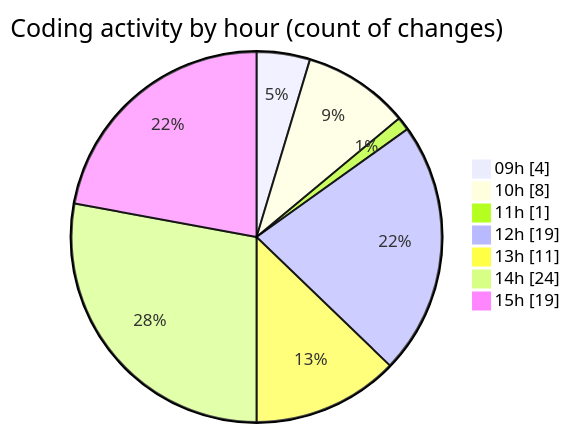
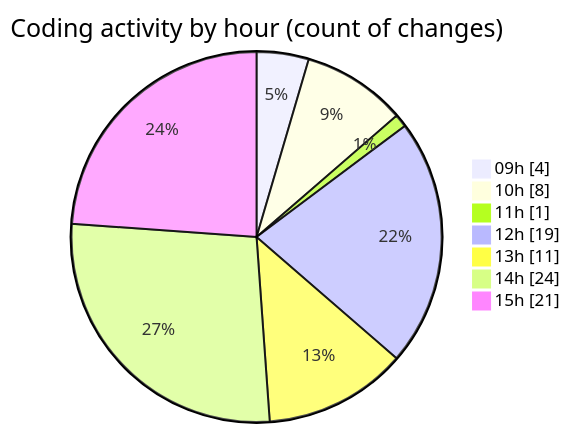
Before and after one commit to nxtqubesakshisongat/code-tracking: the second of 2 diagrams in 2026-02-18/nxtqube_webapp/README.md, drawn with Mermaid. The commit also changed other lines of this file and 1 other file, not shown here.

````diff
--- a/2026-02-18/nxtqube_webapp/README.md
+++ b/2026-02-18/nxtqube_webapp/README.md
@@ -37,11 +37,11 @@
 ```mermaid
 pie showData
 title Coding activity by hour (count of changes)
 "09h" : 4
 "10h" : 8
 "11h" : 1
 "12h" : 19
 "13h" : 11
 "14h" : 24
-"15h" : 19
+"15h" : 21
 ```
````
